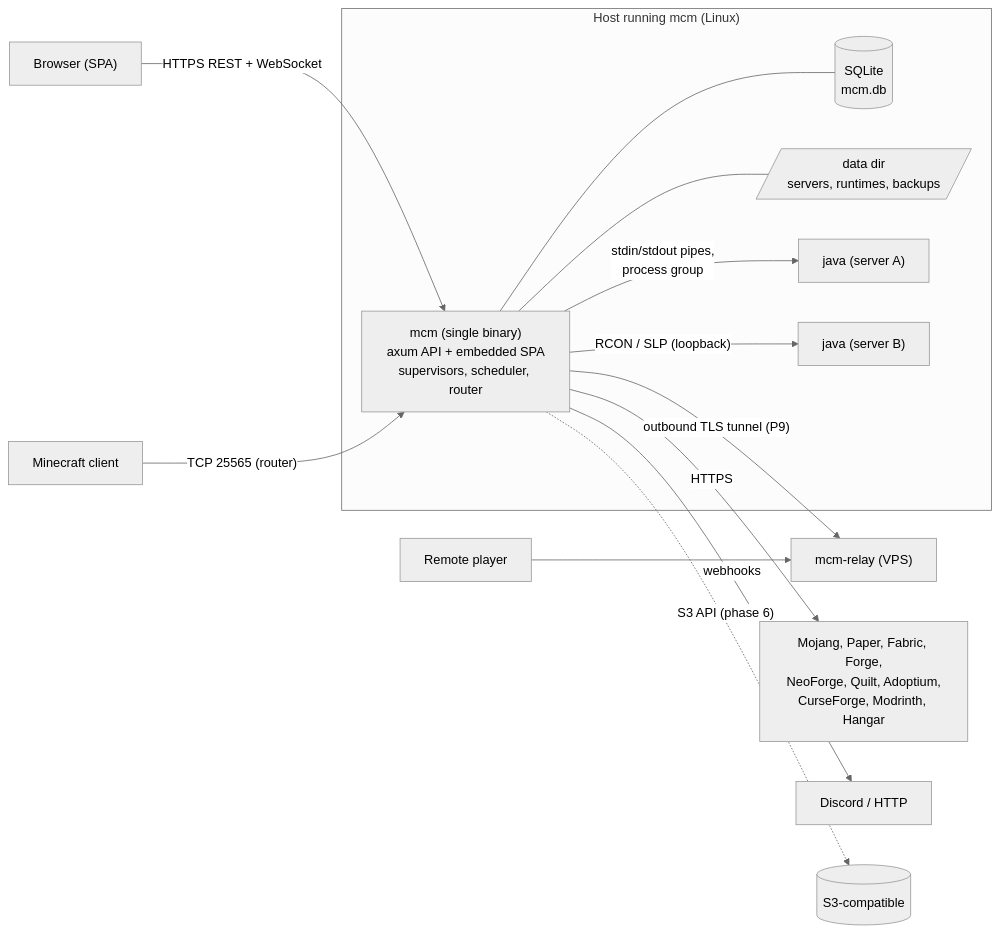
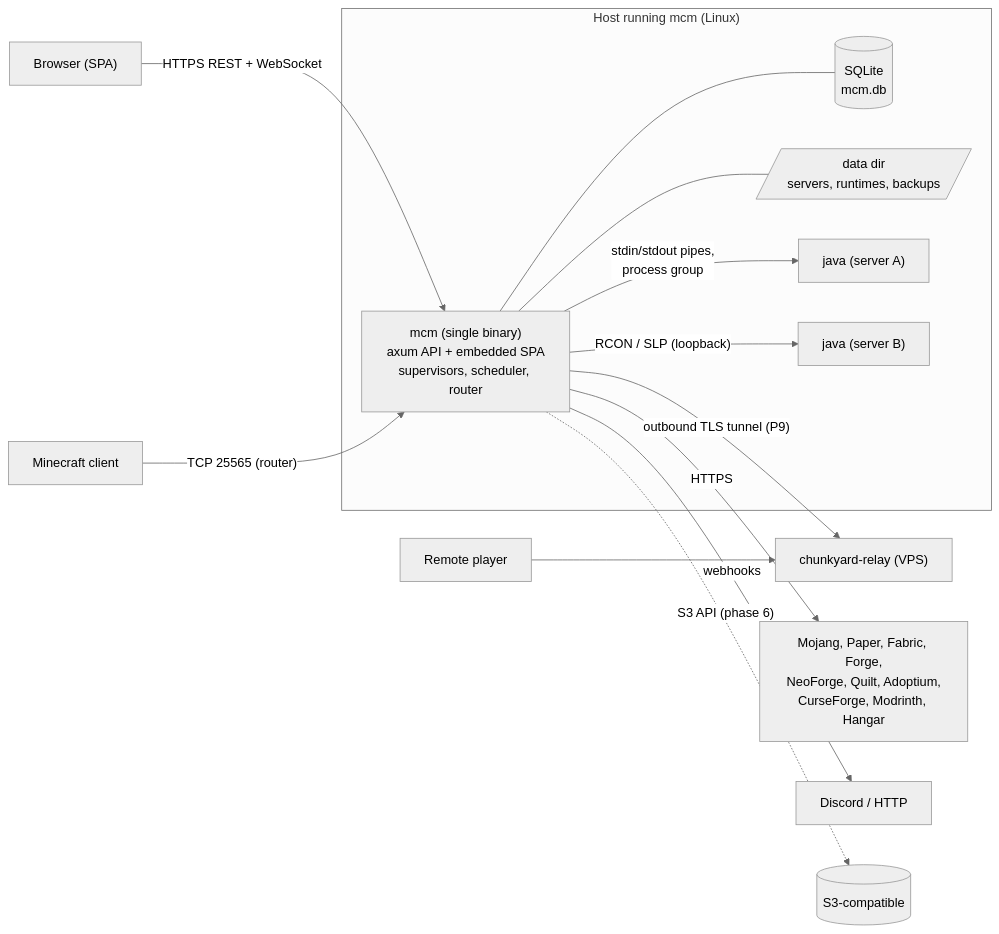
The first of 2 diagrams in specs/architecture/overview.md (twofold-studio/chunkyard), drawn with Mermaid (neutral theme) before and after one commit. The commit also changed other lines of this file and 355 other files, not shown here.

````diff
--- a/specs/architecture/overview.md
+++ b/specs/architecture/overview.md
@@ -7,21 +7,21 @@
 ```mermaid
 flowchart LR
   subgraph Host["Host running mcm (Linux)"]
     MCM["mcm (single binary)<br/>axum API + embedded SPA<br/>supervisors, scheduler, router"]
     DB[(SQLite<br/>mcm.db)]
     FS[/data dir<br/>servers, runtimes, backups/]
     J1["java (server A)"]
     J2["java (server B)"]
     MCM --- DB
     MCM --- FS
     MCM -- "stdin/stdout pipes,<br/>process group" --> J1
     MCM -- "RCON / SLP (loopback)" --> J2
   end
   Browser["Browser (SPA)"] -- "HTTPS REST + WebSocket" --> MCM
   Player["Minecraft client"] -- "TCP 25565 (router)" --> MCM
-  MCM -- "outbound TLS tunnel (P9)" --> Relay["mcm-relay (VPS)"]
+  MCM -- "outbound TLS tunnel (P9)" --> Relay["chunkyard-relay (VPS)"]
   Player2["Remote player"] --> Relay
   MCM -- "HTTPS" --> Ext["Mojang, Paper, Fabric, Forge,<br/>NeoForge, Quilt, Adoptium,<br/>CurseForge, Modrinth, Hangar"]
   MCM -- "webhooks" --> Discord["Discord / HTTP"]
   MCM -. "S3 API (phase 6)" .-> S3[(S3-compatible)]
 ```
````
